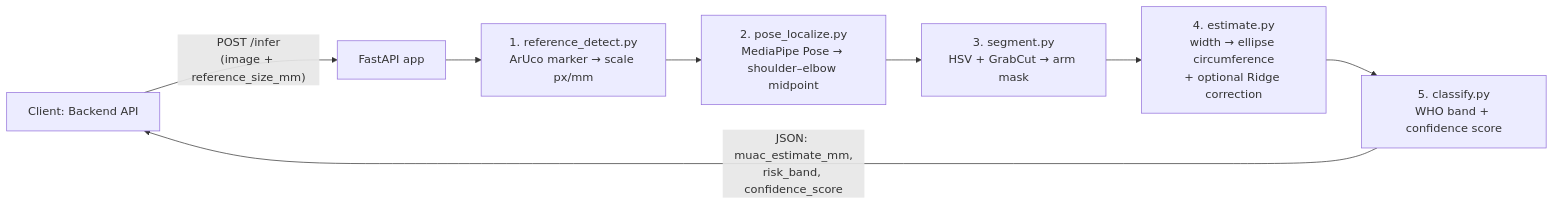
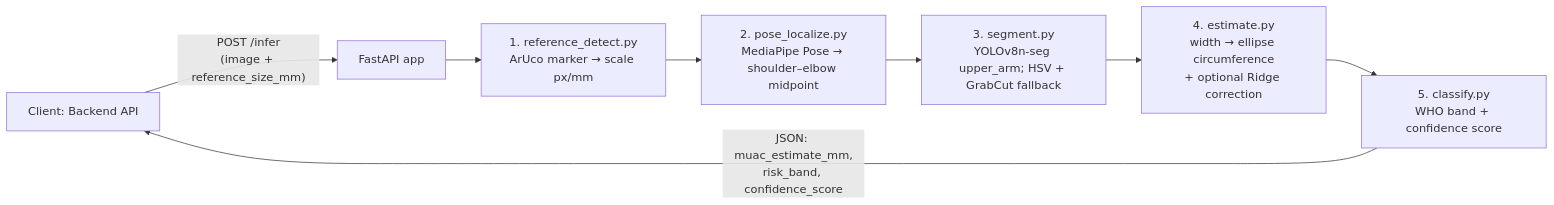
The first of 2 diagrams in ml-service/README.md (YashPanwar1408/poshanscan-minor-project), drawn with Mermaid before and after one commit. The commit also changed other lines of this file and 111 other files, not shown here.

````diff
--- a/ml-service/README.md
+++ b/ml-service/README.md
@@ -51,10 +51,10 @@
 ```mermaid
 flowchart LR
     A[Client: Backend API] -- "POST /infer\n(image + reference_size_mm)" --> B[FastAPI app]
     B --> C[1. reference_detect.py\nArUco marker → scale px/mm]
     C --> D[2. pose_localize.py\nMediaPipe Pose → shoulder–elbow midpoint]
-    D --> E[3. segment.py\nHSV + GrabCut → arm mask]
+    D --> E[3. segment.py\nYOLOv8n-seg upper_arm; HSV + GrabCut fallback]
     E --> F[4. estimate.py\nwidth → ellipse circumference\n+ optional Ridge correction]
     F --> G[5. classify.py\nWHO band + confidence score]
     G -- "JSON: muac_estimate_mm,\nrisk_band, confidence_score" --> A
 ```
````
